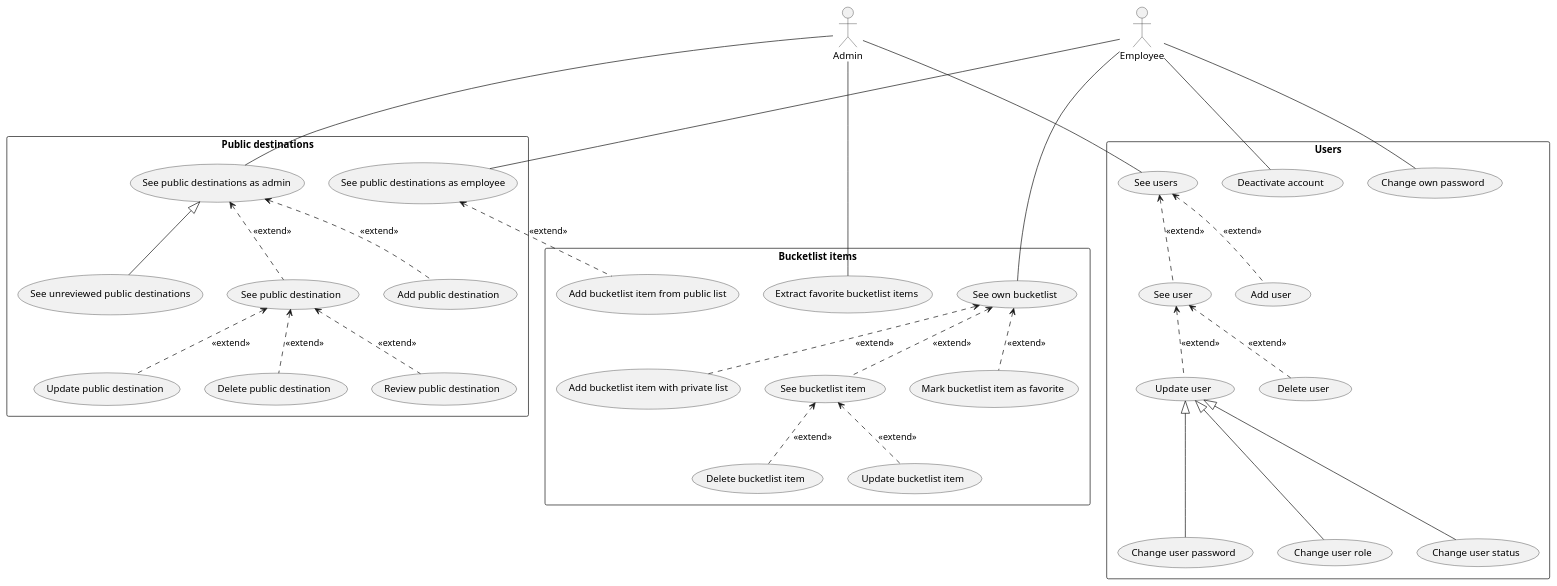
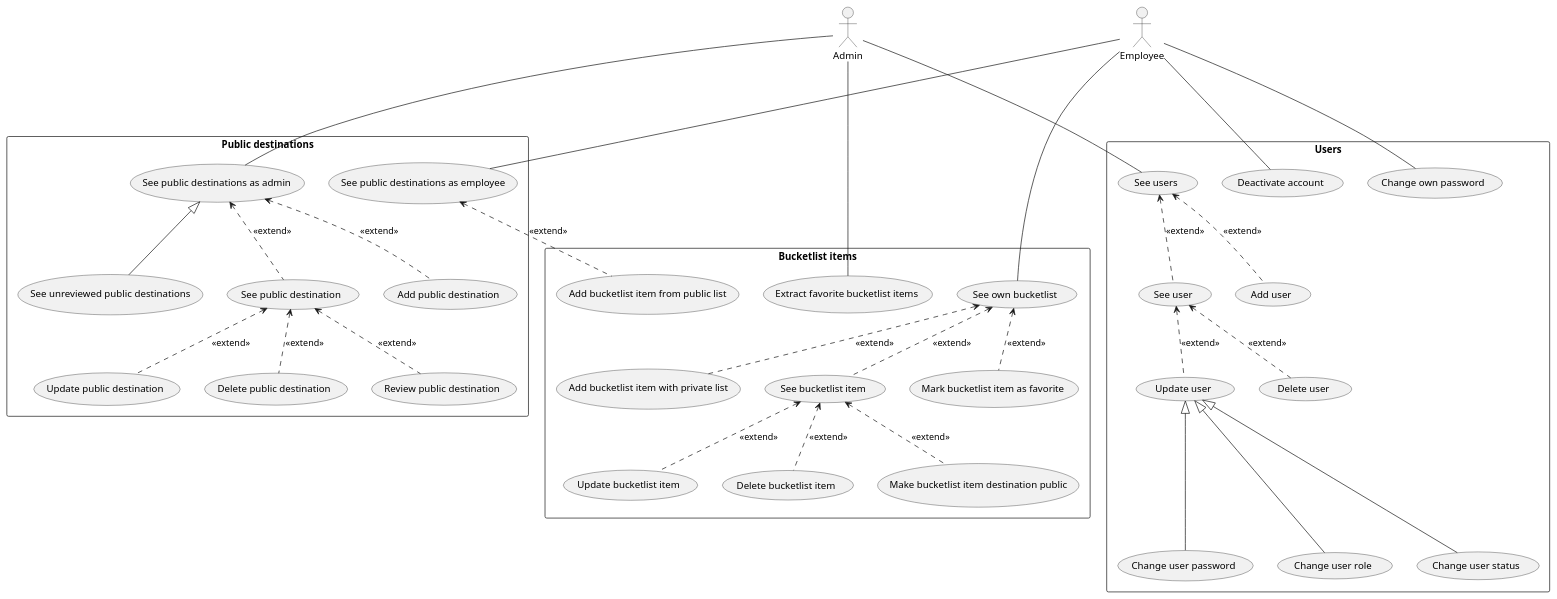
The diagram in usecase_diagram.puml (cs-rustaceans/bucketlist-diagrams), drawn with PlantUML before and after one commit.

Commit message:
adds make public usecase for bucketlist item

```diff
--- a/usecase_diagram.puml
+++ b/usecase_diagram.puml
@@ -33,41 +33,42 @@
 @startuml
 
 actor Admin
 actor Employee
 
 rectangle "Users" {
   Admin -- (See users)
   (See users) <.. (See user): <<extend>>
   (See users) <.. (Add user): <<extend>>
   (See user) <.. (Update user): <<extend>>
   (Update user) <|--- (Change user password)
   (Update user) <|--- (Change user role)
   (Update user) <|--- (Change user status)
   (See user) <.. (Delete user): <<extend>>
   Employee --- (Change own password)
   Employee --- (Deactivate account)
 }
 
 rectangle "Public destinations" {
   Admin --- (See public destinations as admin)
   (See public destinations as admin) <|-- (See unreviewed public destinations)
   (See public destinations as admin) <.. (See public destination): <<extend>>
   (See public destinations as admin) <.. (Add public destination): <<extend>>
   (See public destination) <.. (Update public destination): <<extend>>
   (See public destination) <.. (Delete public destination): <<extend>>
   (See public destination) <.. (Review public destination): <<extend>>
   Employee --- (See public destinations as employee)
 }
 
 rectangle "Bucketlist items" {
     (See public destinations as employee) <.. (Add bucketlist item from public list): <<extend>>
     Employee -- (See own bucketlist)
     (See own bucketlist) <.. (Add bucketlist item with private list): <<extend>>
     (See own bucketlist) <.. (See bucketlist item): <<extend>>
     (See bucketlist item) <.. (Update bucketlist item): <<extend>>
     (See bucketlist item) <.. (Delete bucketlist item): <<extend>>
+    (See bucketlist item) <.. (Make bucketlist item destination public): <<extend>>
     (See own bucketlist) <.. (Mark bucketlist item as favorite): <<extend>>
     Admin --- (Extract favorite bucketlist items)
 }
 
 @enduml
```
